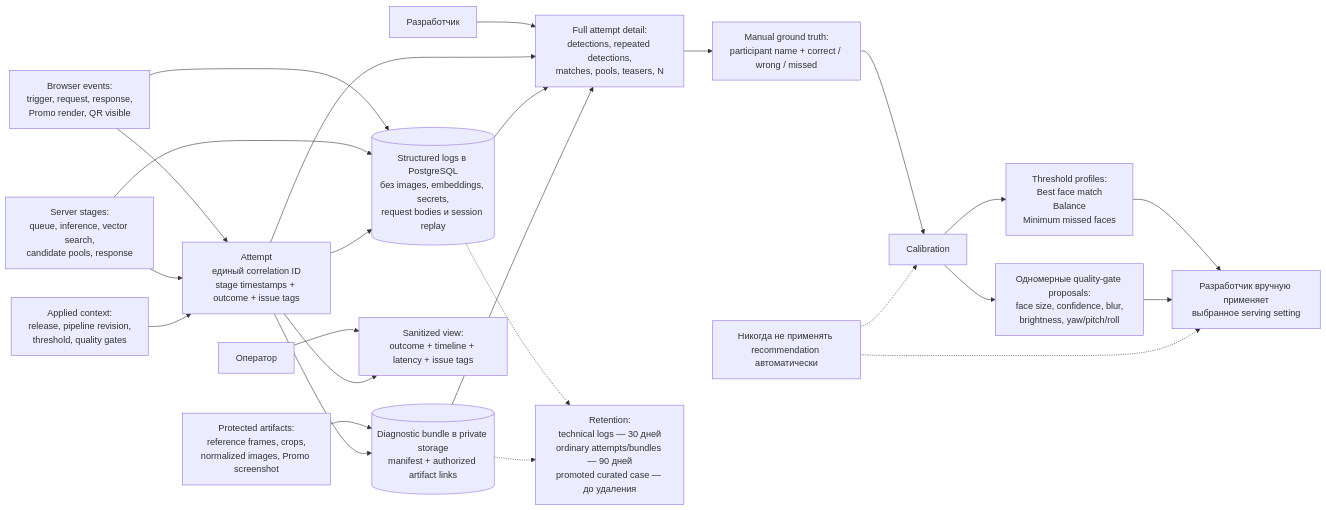
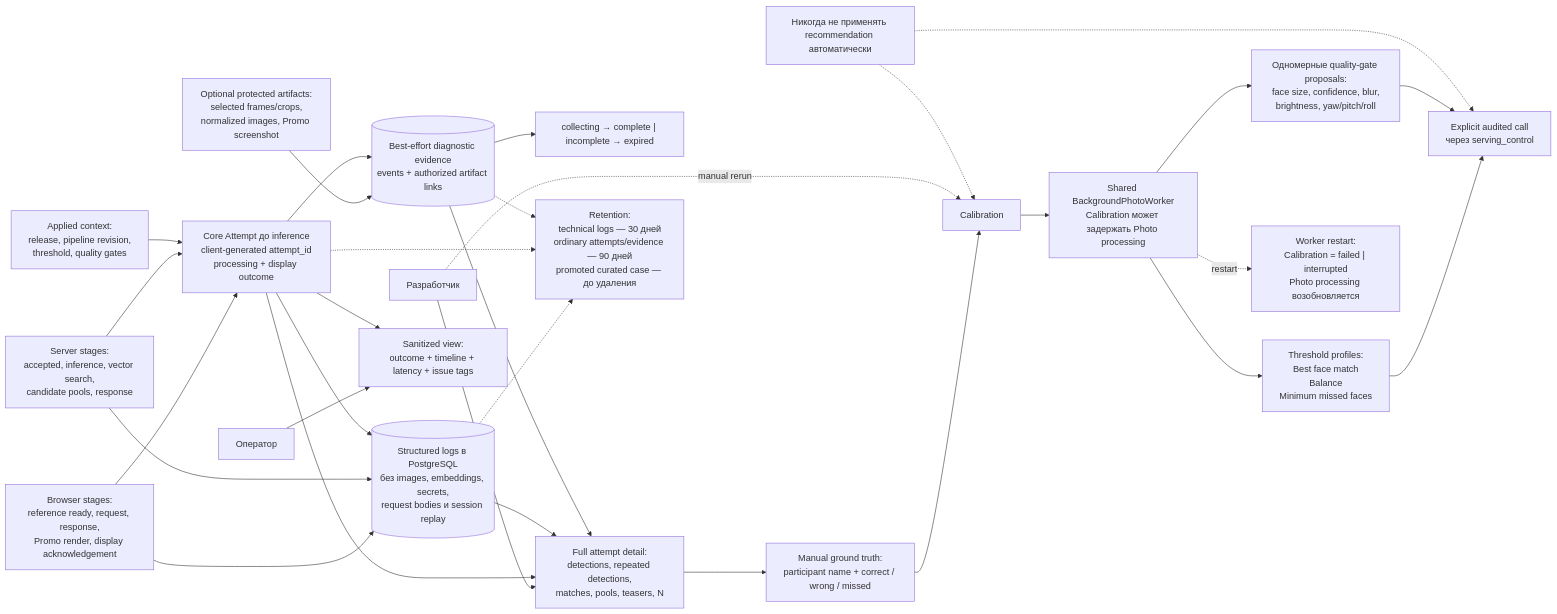
Before and after one commit to nicelight/face_moment: the diagram in mermaids/06-diagnostics-and-calibration.md, drawn with Mermaid. The commit also changed other lines of this file and 18 other files, not shown here.

````diff
--- a/mermaids/06-diagnostics-and-calibration.md
+++ b/mermaids/06-diagnostics-and-calibration.md
@@ -5,50 +7,58 @@
 ```mermaid
 flowchart LR
-    browser["Browser events:<br/>trigger, request, response,<br/>Promo render, QR visible"]
-    server["Server stages:<br/>queue, inference, vector search,<br/>candidate pools, response"]
+    browser["Browser stages:<br/>reference ready, request, response,<br/>Promo render, display acknowledgement"]
+    server["Server stages:<br/>accepted, inference, vector search,<br/>candidate pools, response"]
     config["Applied context:<br/>release, pipeline revision,<br/>threshold, quality gates"]
-    artifacts["Protected artifacts:<br/>reference frames, crops,<br/>normalized images, Promo screenshot"]
+    artifacts["Optional protected artifacts:<br/>selected frames/crops,<br/>normalized images, Promo screenshot"]
 
-    attempt["Attempt<br/>единый correlation ID<br/>stage timestamps + outcome + issue tags"]
+    attempt["Core Attempt до inference<br/>client-generated attempt_id<br/>processing + display outcome"]
     logs[("Structured logs в PostgreSQL<br/>без images, embeddings, secrets,<br/>request bodies и session replay")]
-    bundle[("Diagnostic bundle в private storage<br/>manifest + authorized artifact links")]
+    evidence[("Best-effort diagnostic evidence<br/>events + authorized artifact links")]
+    evidence_state["collecting → complete | incomplete → expired"]
 
     operator["Оператор"]
     developer["Разработчик"]
     sanitized["Sanitized view:<br/>outcome + timeline + latency + issue tags"]
     detail["Full attempt detail:<br/>detections, repeated detections,<br/>matches, pools, teasers, N"]
     annotation["Manual ground truth:<br/>participant name + correct / wrong / missed"]
     calibration["Calibration"]
 
     profiles["Threshold profiles:<br/>Best face match<br/>Balance<br/>Minimum missed faces"]
     gates["Одномерные quality-gate proposals:<br/>face size, confidence, blur,<br/>brightness, yaw/pitch/roll"]
-    manual["Разработчик вручную применяет<br/>выбранное serving setting"]
+    worker["Shared BackgroundPhotoWorker<br/>Calibration может задержать Photo processing"]
+    interrupted["Worker restart:<br/>Calibration = failed | interrupted<br/>Photo processing возобновляется"]
+    manual["Explicit audited call<br/>через serving_control"]
 
     browser --> attempt
     server --> attempt
     config --> attempt
     browser --> logs
     server --> logs
-    artifacts --> bundle
+    artifacts --> evidence
     attempt --> logs
-    attempt --> bundle
+    attempt --> evidence
+    evidence --> evidence_state
 
     operator --> sanitized
     attempt --> sanitized
 
     developer --> detail
     attempt --> detail
     logs --> detail
-    bundle --> detail
+    evidence --> detail
     detail --> annotation --> calibration
-    calibration --> profiles --> manual
-    calibration --> gates --> manual
+    calibration --> worker
+    worker --> profiles --> manual
+    worker --> gates --> manual
+    worker -. "restart" .-> interrupted
+    developer -. "manual rerun" .-> calibration
 
-    retention["Retention:<br/>technical logs — 30 дней<br/>ordinary attempts/bundles — 90 дней<br/>promoted curated case — до удаления"]
+    retention["Retention:<br/>technical logs — 30 дней<br/>ordinary attempts/evidence — 90 дней<br/>promoted curated case — до удаления"]
     logs -.-> retention
-    bundle -.-> retention
+    attempt -.-> retention
+    evidence -.-> retention
 
     prohibition["Никогда не применять recommendation автоматически"]
     prohibition -.-> calibration
     prohibition -.-> manual
 ```
````
